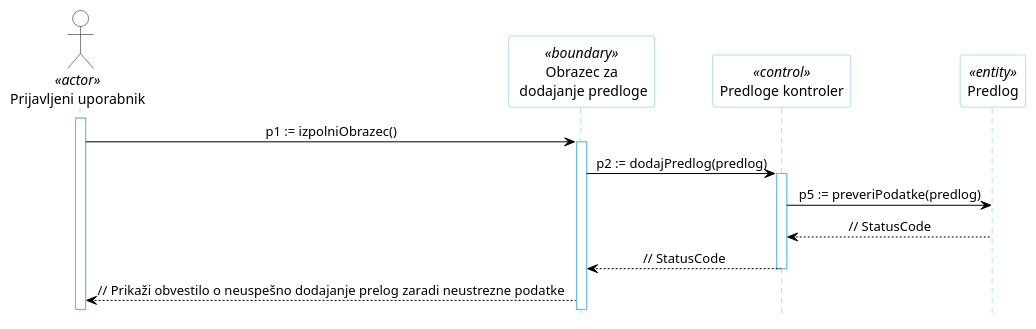
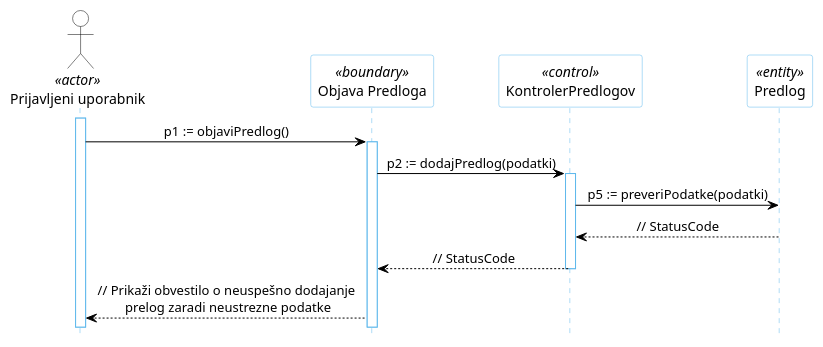
One commit to kupinah/test-tpo changed the diagram in docs/gradivo/plantuml/DZ/dodajanje-predlog-alt.puml. Above: the diagram before and after it, drawn with PlantUML. The commit also changed other lines of this file and 10 other files, not shown here.

```diff
--- a/docs/gradivo/plantuml/DZ/dodajanje-predlog-alt.puml
+++ b/docs/gradivo/plantuml/DZ/dodajanje-predlog-alt.puml
@@ -1,29 +1,29 @@
 @startuml
 hide footbox
 
 skinparam backgroundcolor transparent
 skinparam defaultTextAlignment center
 skinparam actorBorderColor black
 skinparam actorBackgroundColor white
 skinparam arrowColor black
 skinparam sequenceLifeLineBorderColor #5FB8EC
 skinparam sequenceParticipantBorderColor #5FB8EC
 skinparam sequenceParticipantBackgroundColor white
 
 actor "Prijavljeni uporabnik" AS U1 <<actor>>
 
-participant "Obrazec za\n dodajanje predloge" as R5 <<boundary>>
-participant "Predloge kontroler" as R2 <<control>>
+participant "Objava Predloga" as R5 <<boundary>>
+participant "KontrolerPredlogov" as R2 <<control>>
 participant "Predlog" as R4 <<entity>>
 
 activate U1
-U1 -> R5: p1 := izpolniObrazec()
+U1 -> R5: p1 := objaviPredlog()
 activate R5
-R5 -> R2: p2 := dodajPredlog(predlog)
+R5 -> R2: p2 := dodajPredlog(podatki)
 activate R2
-R2 -> R4: p5 := preveriPodatke(predlog)
+R2 -> R4: p5 := preveriPodatke(podatki)
 R4 --> R2: // StatusCode
 R2 --> R5: // StatusCode
 deactivate R2
-R5 --> U1: // Prikaži obvestilo o neuspešno dodajanje prelog zaradi neustrezne podatke
+R5 --> U1: // Prikaži obvestilo o neuspešno dodajanje\n prelog zaradi neustrezne podatke
 @enduml
```
